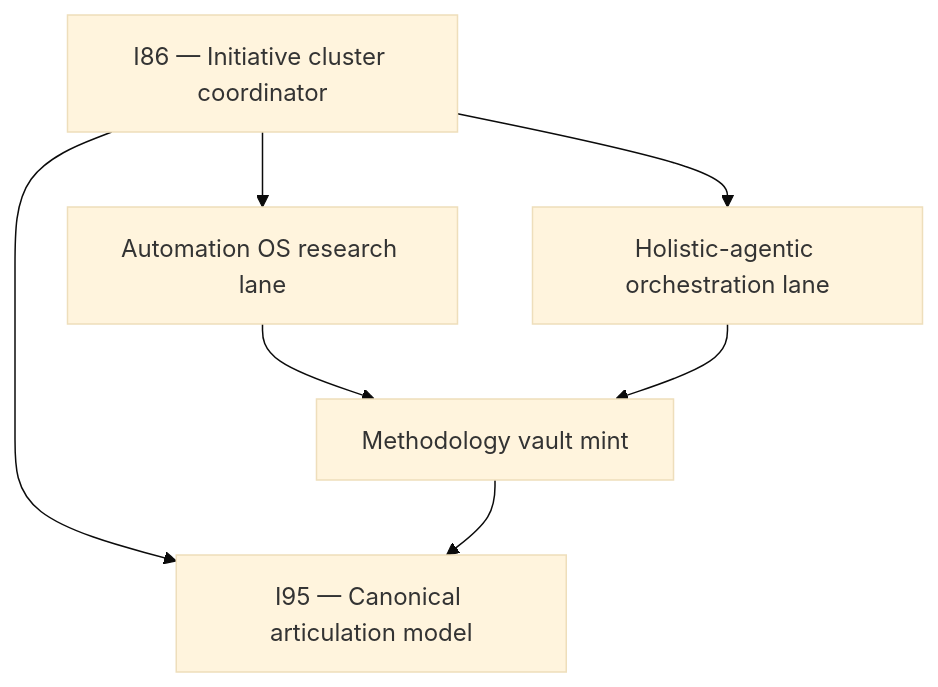
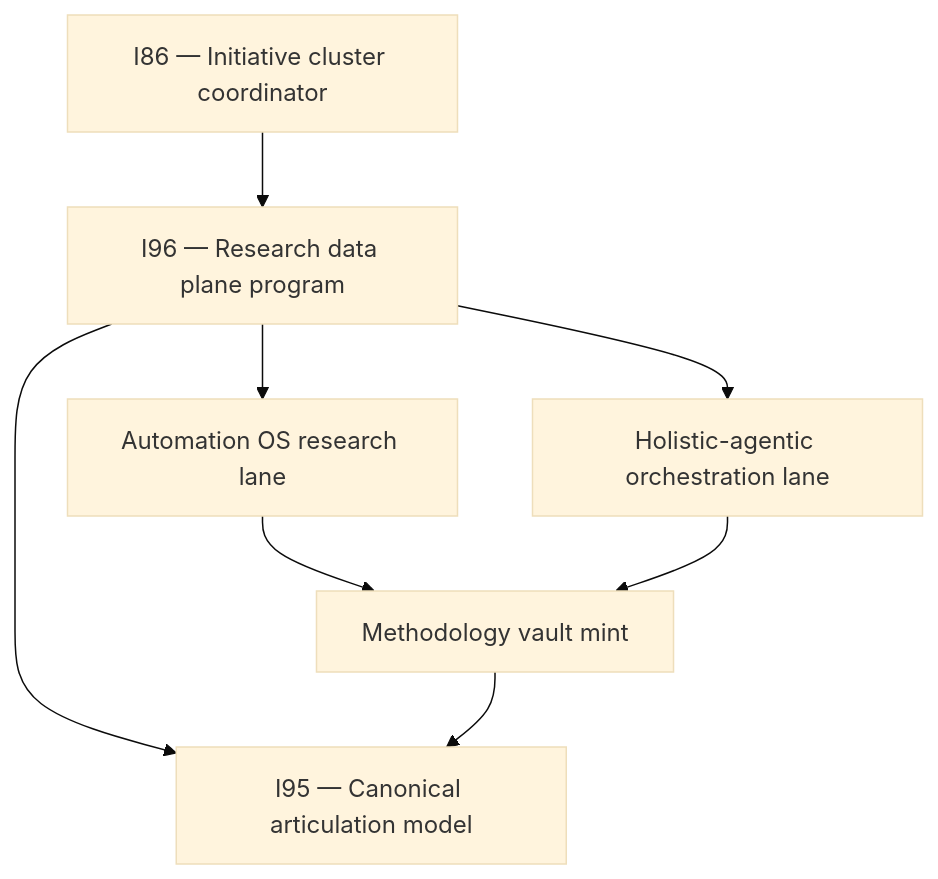
Before and after one commit to FraysaXII/openclaw-akos: the diagram in docs/wip/intelligence/akos-automation-os-governance-2026-06-10/session-recap-2026-06-10.md, drawn with Mermaid (base theme). The commit also changed other lines of this file and 28 other files, not shown here.

````diff
--- a/docs/wip/intelligence/akos-automation-os-governance-2026-06-10/session-recap-2026-06-10.md
+++ b/docs/wip/intelligence/akos-automation-os-governance-2026-06-10/session-recap-2026-06-10.md
@@ -36,15 +54,17 @@
 ```mermaid
 flowchart TB
   I86["I86 — Initiative cluster coordinator"]
+  I96["I96 — Research data plane program"]
   I95["I95 — Canonical articulation model"]
   AUTO["Automation OS research lane"]
   HOL["Holistic-agentic orchestration lane"]
   METH["Methodology vault mint"]
 
-  I86 --> I95
-  I86 --> AUTO
-  I86 --> HOL
+  I86 --> I96
+  I96 --> I95
+  I96 --> AUTO
+  I96 --> HOL
   AUTO --> METH
   HOL --> METH
   METH --> I95
 ```
````
